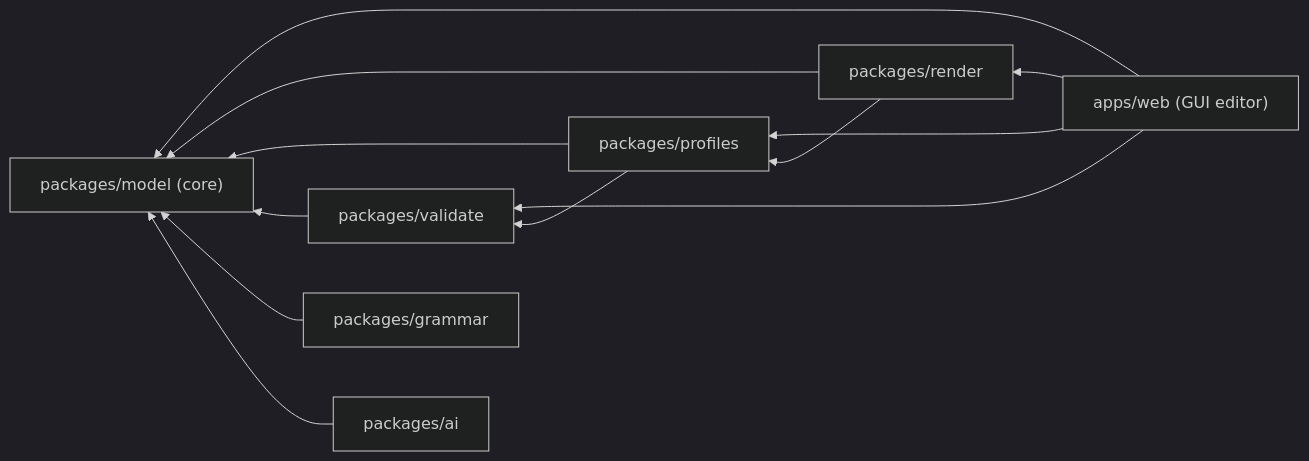
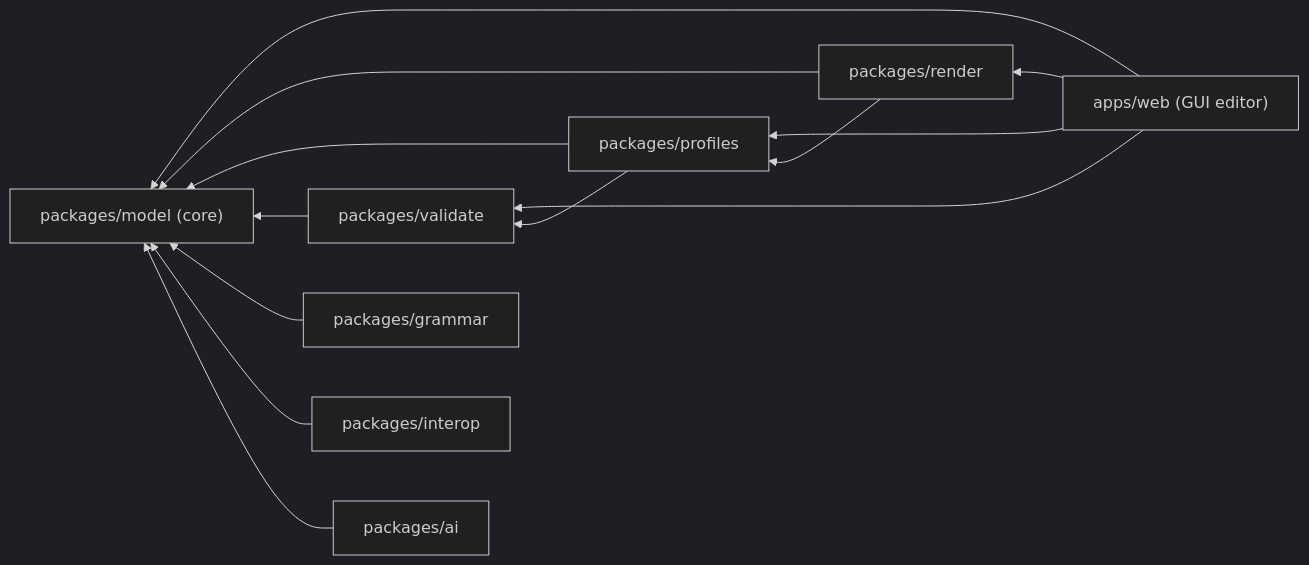
The diagram in sdd/README.md (Pipeliner/psyuml), drawn with Mermaid (dark theme) before and after one commit. The commit also changed other lines of this file and 8 other files, not shown here.

````diff
--- a/sdd/README.md
+++ b/sdd/README.md
@@ -43,15 +43,16 @@
 ```mermaid
 flowchart RL
     web["apps/web (GUI editor)"] --> render
     web --> validate
     web --> profiles
     web --> model
     render["packages/render"] --> profiles
     render --> model
     profiles["packages/profiles"] --> validate
     profiles --> model
     validate["packages/validate"] --> model
     grammar["packages/grammar"] --> model
+    interop["packages/interop"] --> model
     ai["packages/ai"] --> model
     model["packages/model (core)"]
 ```
````
